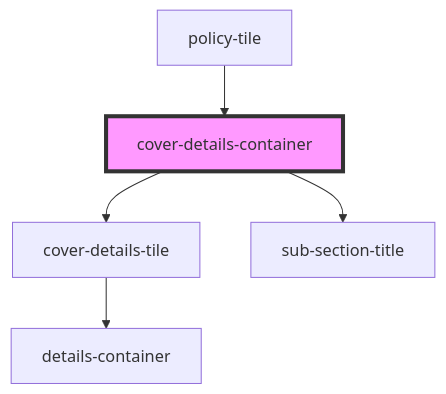
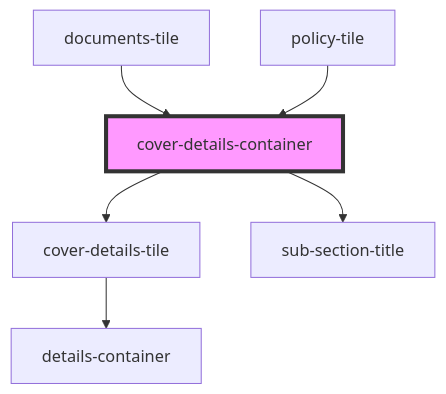
One commit to Cardiff-Ook/poc-component-library changed the diagram in docs/components/page-layout/cover-details-container/readme.md. Above: the diagram before and after it, drawn with Mermaid. The commit also changed other lines of this file and 48 other files, not shown here.

````diff
--- a/docs/components/page-layout/cover-details-container/readme.md
+++ b/docs/components/page-layout/cover-details-container/readme.md
@@ -27,8 +28,9 @@
 ```mermaid
 graph TD;
   cover-details-container --> cover-details-tile
   cover-details-container --> sub-section-title
   cover-details-tile --> details-container
+  documents-tile --> cover-details-container
   policy-tile --> cover-details-container
   style cover-details-container fill:#f9f,stroke:#333,stroke-width:4px
 ```
````
